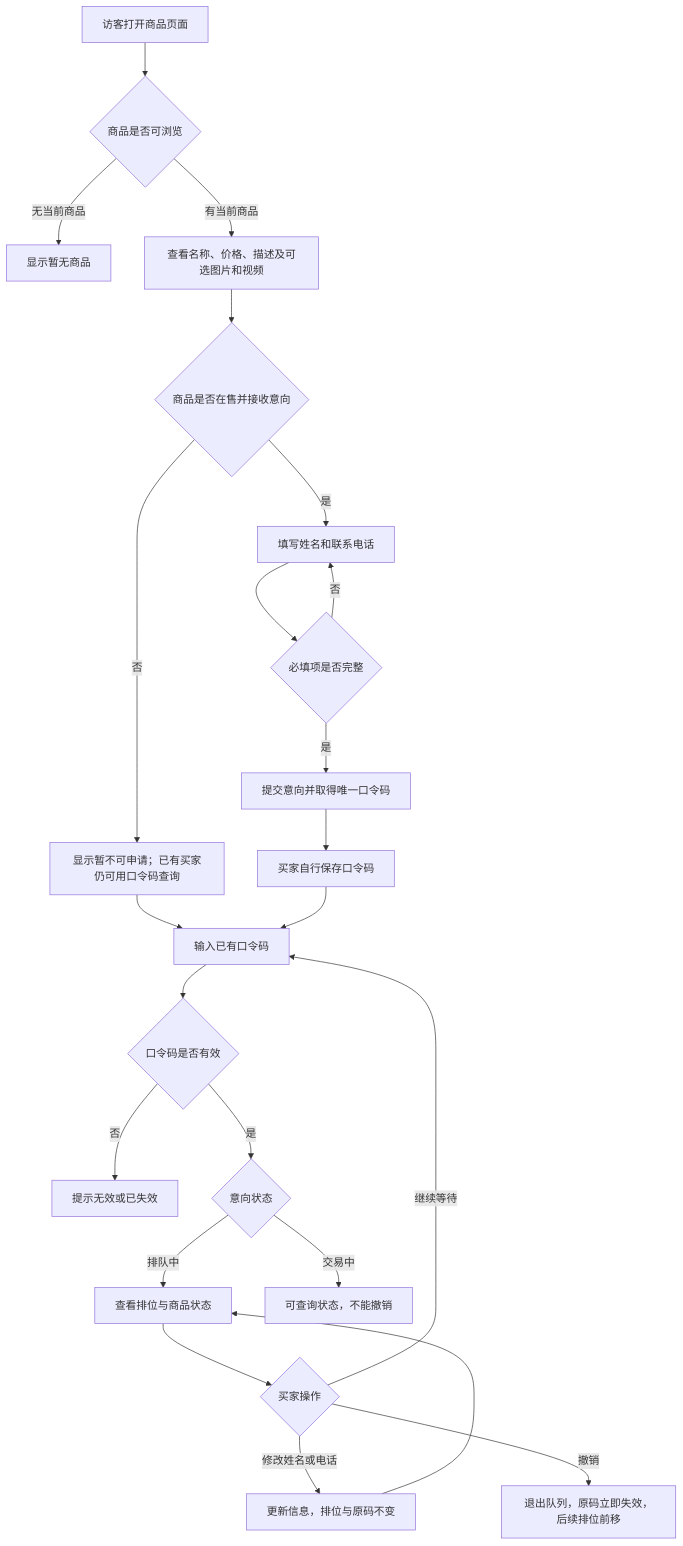
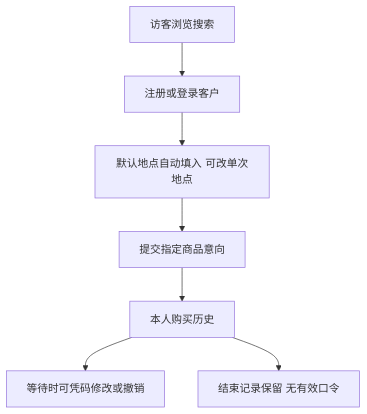
Before and after one commit to casf73/Software-Engineering-Practice: the second of 4 diagrams in process-and-state-diagrams/业务流程图.md, drawn with Mermaid. The commit also changed other lines of this file and 1423 other files, not shown here.

````diff
--- a/process-and-state-diagrams/业务流程图.md
+++ b/process-and-state-diagrams/业务流程图.md
@@ -50,25 +29,9 @@
 ```mermaid
 flowchart TD
-    A[访客打开商品页面] --> B{商品是否可浏览}
-    B -- 无当前商品 --> C[显示暂无商品]
-    B -- 有当前商品 --> D[查看名称、价格、描述及可选图片和视频]
-    D --> E{商品是否在售并接收意向}
-    E -- 否 --> F[显示暂不可申请；已有买家仍可用口令码查询]
-    E -- 是 --> G[填写姓名和联系电话]
-    G --> H{必填项是否完整}
-    H -- 否 --> G
-    H -- 是 --> I[提交意向并取得唯一口令码]
-    I --> J[买家自行保存口令码]
-    F --> K[输入已有口令码]
-    J --> K
-    K --> L{口令码是否有效}
-    L -- 否 --> M[提示无效或已失效]
-    L -- 是 --> N{意向状态}
-    N -- 排队中 --> O[查看排位与商品状态]
-    O --> P{买家操作}
-    P -- 修改姓名或电话 --> Q[更新信息，排位与原码不变]
-    Q --> O
-    P -- 撤销 --> R[退出队列，原码立即失效，后续排位前移]
-    P -- 继续等待 --> K
-    N -- 交易中 --> S[可查询状态，不能撤销]
+ A[访客浏览搜索] --> B[注册或登录客户]
+ B --> C[默认地点自动填入 可改单次地点]
+ C --> D[提交指定商品意向]
+ D --> E[本人购买历史]
+ E --> F[等待时可凭码修改或撤销]
+ E --> G[结束记录保留 无有效口令]
 ```
````
